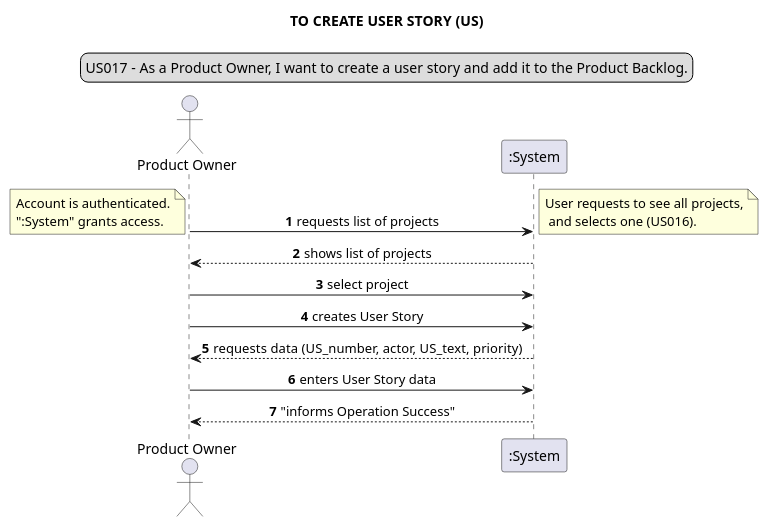
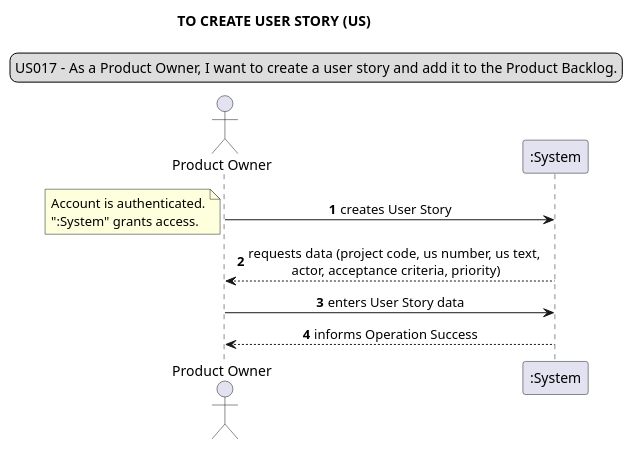
The first of 4 diagrams in docs/requirements_gathering/system_sequence_diagrams/sprint03/systemSequenceDiagramSprint03.puml (Loracline/project_switch_22-23), drawn with PlantUML before and after one commit. The commit also changed 5 other files, not shown here.

Commit message:
US017: Design: Updated sequence, class and system sequence diagram in order to contemplate the recent updates made to the methods involved, closes #515

```diff
--- a/docs/requirements_gathering/system_sequence_diagrams/sprint03/systemSequenceDiagramSprint03.puml
+++ b/docs/requirements_gathering/system_sequence_diagrams/sprint03/systemSequenceDiagramSprint03.puml
@@ -1,25 +1,17 @@
 @startuml
 legend top
 US017 - As a Product Owner, I want to create a user story and add it to the Product Backlog.
 end legend
 skinparam sequenceMessageAlign center
 title TO CREATE USER STORY (US)
 actor "Product Owner" as PO
 autonumber
-"PO" -> ":System": requests list of projects
+"PO" -> ":System": creates User Story
 note left
 Account is authenticated.
 ":System" grants access.
 end note
-note right
-User requests to see all projects,
- and selects one (US016).
-end note
-PO <-- ":System": shows list of projects
-
-PO -> ":System": select project
-PO -> ":System": creates User Story
-PO <-- ":System": requests data (US_number, actor, US_text, priority)
+PO <-- ":System": requests data (project code, us number, us text, \nactor, acceptance criteria, priority)
 PO -> ":System": enters User Story data
-PO <-- ":System": "informs Operation Success"
+PO <-- ":System": informs Operation Success
 @enduml
```
